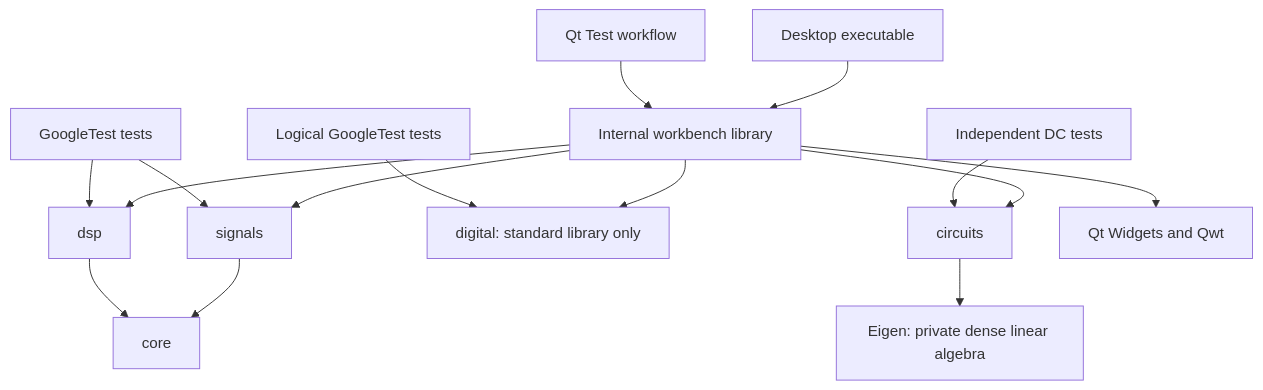
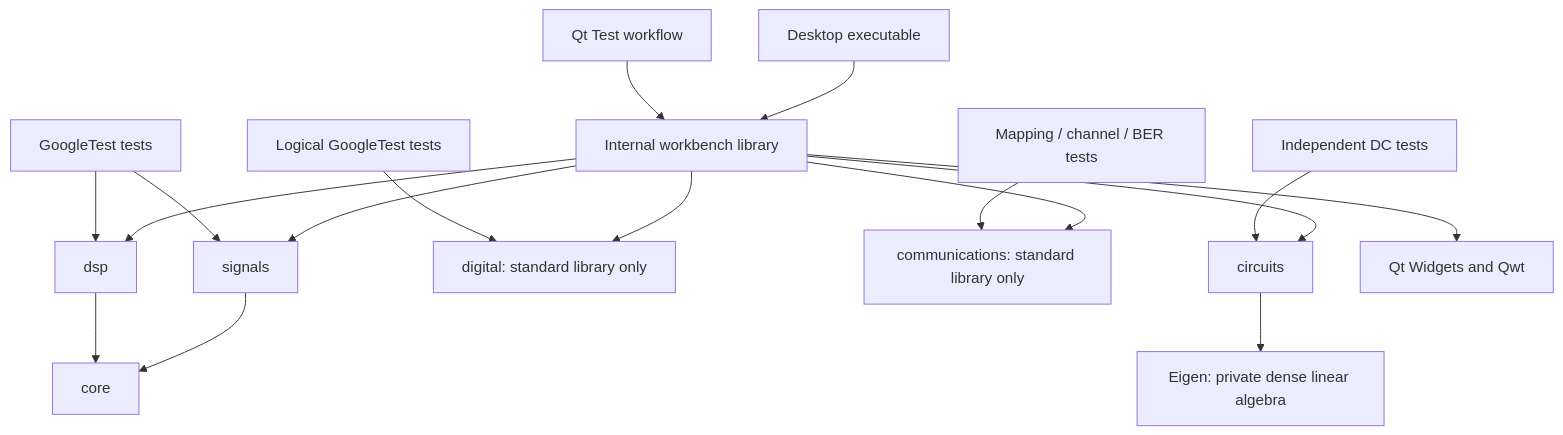
The diagram in docs/architecture.md (codyklein/open-ece), drawn with Mermaid before and after one commit. The commit also changed other lines of this file and 7 other files, not shown here.

````diff
--- a/docs/architecture.md
+++ b/docs/architecture.md
@@ -5,17 +5,19 @@
 ```mermaid
 flowchart TD
     App[Desktop executable] --> UI[Internal workbench library]
     UI --> Signals[signals]
     UI --> DSP[dsp]
     UI --> Digital[digital: standard library only]
     DigitalTests[Logical GoogleTest tests] --> Digital
+    UI --> Communications[communications: standard library only]
+    CommunicationsTests[Mapping / channel / BER tests] --> Communications
     UI --> Circuits[circuits]
     Circuits --> Eigen[Eigen: private dense linear algebra]
     CircuitTests[Independent DC tests] --> Circuits
     UI --> Qt[Qt Widgets and Qwt]
     Signals --> Core[core]
     DSP --> Core
     NumericalTests[GoogleTest tests] --> Signals
     NumericalTests --> DSP
     GuiTests[Qt Test workflow] --> UI
 ```
````
